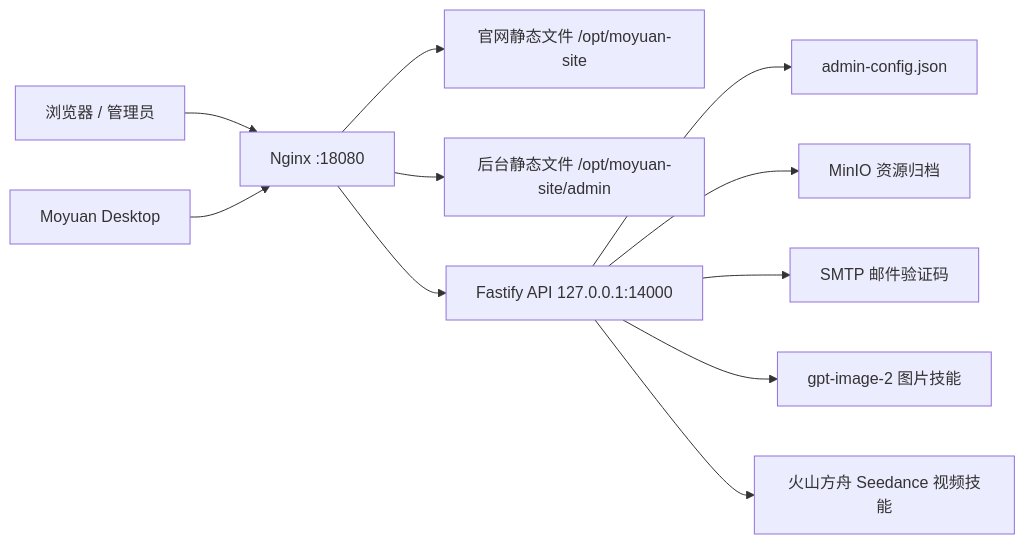
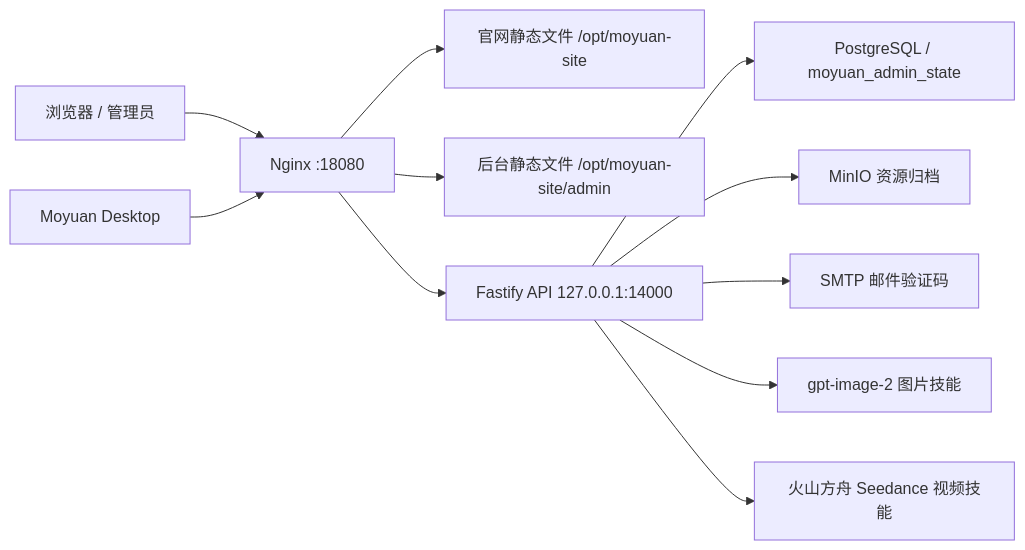
The diagram in docs/BACKEND_DEPLOYMENT.md (hanfeihu/moyuan-desktop), drawn with Mermaid before and after one commit. The commit also changed other lines of this file and 73 other files, not shown here.

````diff
--- a/docs/BACKEND_DEPLOYMENT.md
+++ b/docs/BACKEND_DEPLOYMENT.md
@@ -7,13 +7,13 @@
 ```mermaid
 flowchart LR
   Browser["浏览器 / 管理员"] --> Nginx["Nginx :18080"]
   Desktop["Moyuan Desktop"] --> Nginx
   Nginx --> Site["官网静态文件 /opt/moyuan-site"]
   Nginx --> Admin["后台静态文件 /opt/moyuan-site/admin"]
   Nginx --> Api["Fastify API 127.0.0.1:14000"]
-  Api --> Config["admin-config.json"]
+  Api --> Postgres["PostgreSQL / moyuan_admin_state"]
   Api --> MinIO["MinIO 资源归档"]
   Api --> Mail["SMTP 邮件验证码"]
   Api --> Image["gpt-image-2 图片技能"]
   Api --> Video["火山方舟 Seedance 视频技能"]
 ```
````
